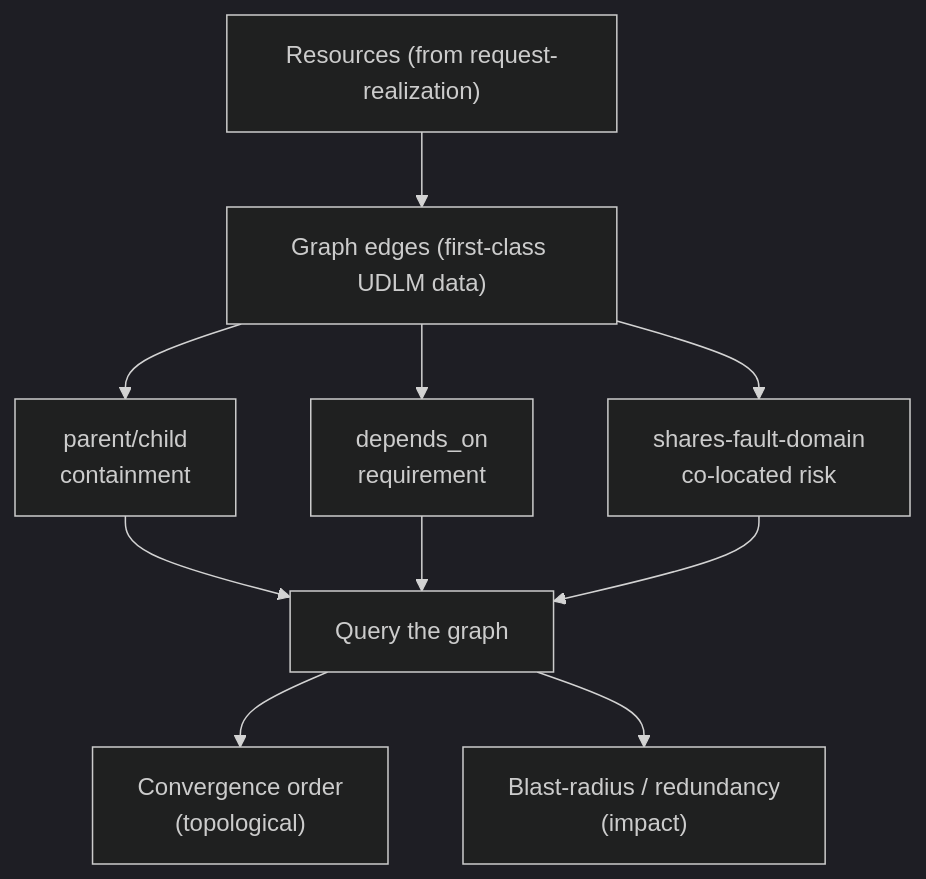
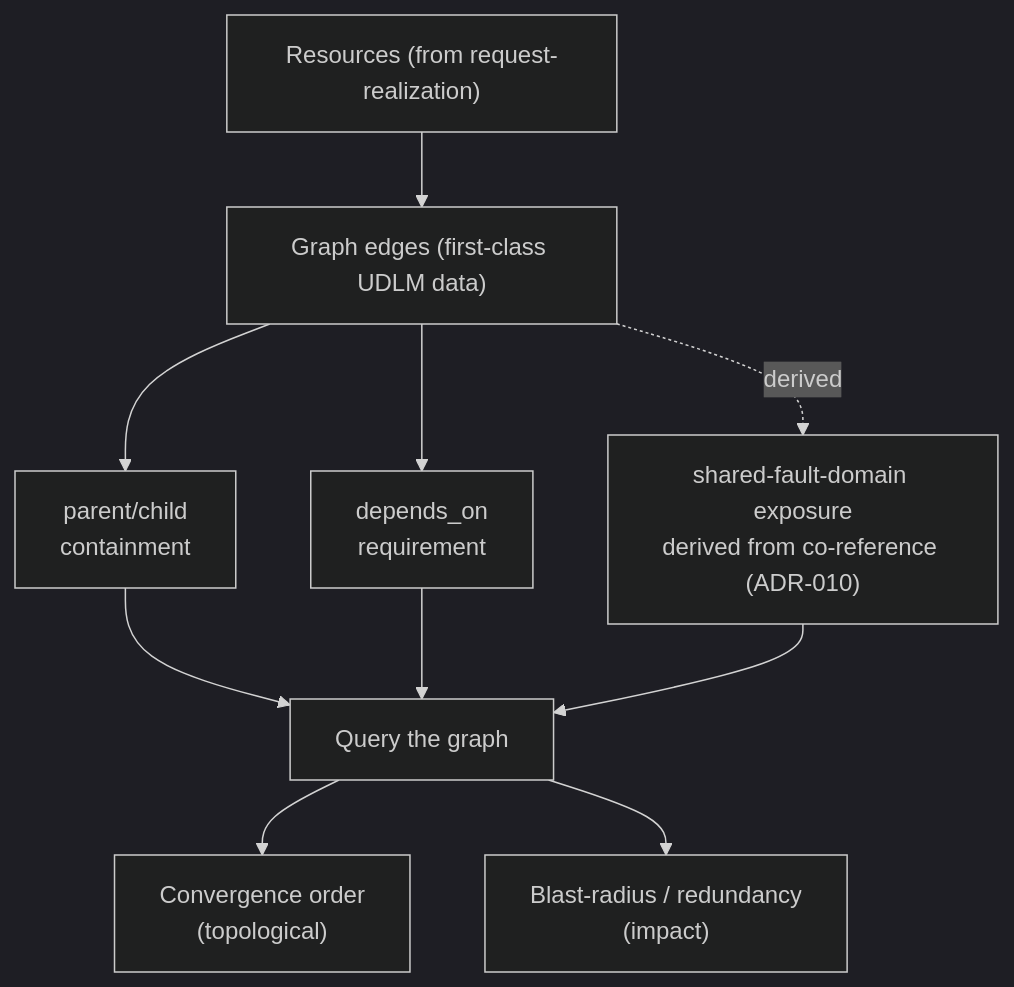
One commit to croadfeldt/udlm changed the diagram in docs/flows/uc-07-udlm-dependency-graph-data-model.md. Above: the diagram before and after it, drawn with Mermaid (dark theme). The commit also changed other lines of this file and 58 other files, not shown here.

````diff
--- a/docs/flows/uc-07-udlm-dependency-graph-data-model.md
+++ b/docs/flows/uc-07-udlm-dependency-graph-data-model.md
@@ -17,12 +17,12 @@
 ```mermaid
 flowchart TD
   R1["Resources (from request-realization)"] --> G["Graph edges (first-class UDLM data)"]
   G --> E1["parent/child<br/>containment"]
   G --> E2["depends_on<br/>requirement"]
-  G --> E3["shares-fault-domain<br/>co-located risk"]
+  G -. derived .-> E3["shared-fault-domain exposure<br/>derived from co-reference (ADR-010)"]
   E1 --> Q["Query the graph"]
   E2 --> Q
   E3 --> Q
   Q --> O["Convergence order<br/>(topological)"]
   Q --> B["Blast-radius / redundancy<br/>(impact)"]
 ```
````
